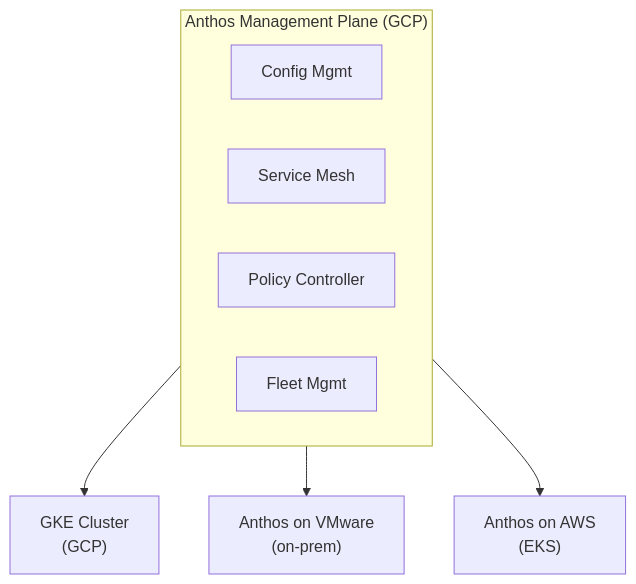
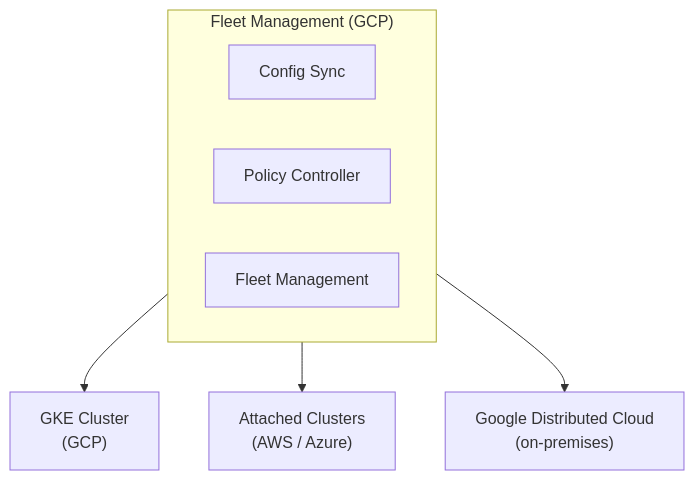
The fifth of 6 diagrams in src/content/docs/cloud/gcp-essentials/module-2.12-patterns.md (kube-dojo/kube-dojo), drawn with Mermaid before and after one commit. The commit also changed other lines of this file, not shown here.

Commit message:
chore(content): expand module-2.12-patterns to 5000w floor (cloud AWS wave 1)

````diff
--- a/src/content/docs/cloud/gcp-essentials/module-2.12-patterns.md
+++ b/src/content/docs/cloud/gcp-essentials/module-2.12-patterns.md
@@ -490,18 +691,17 @@
 ```mermaid
 flowchart TD
-    subgraph GCP["Anthos Management Plane (GCP)"]
+    subgraph GCP["Fleet Management (GCP)"]
         direction LR
-        CM["Config Mgmt"]
-        SM["Service Mesh"]
+        CM["Config Sync"]
         PC["Policy Controller"]
-        FM["Fleet Mgmt"]
+        FM["Fleet Management"]
     end
     
     GKE["GKE Cluster<br/>(GCP)"]
-    VMware["Anthos on VMware<br/>(on-prem)"]
-    AWS["Anthos on AWS<br/>(EKS)"]
+    Attached["Attached Clusters<br/>(AWS / Azure)"]
+    OnPrem["Google Distributed Cloud<br/>(on-premises)"]
     
     GCP --> GKE
-    GCP --> VMware
-    GCP --> AWS
+    GCP --> Attached
+    GCP --> OnPrem
 ```
````
